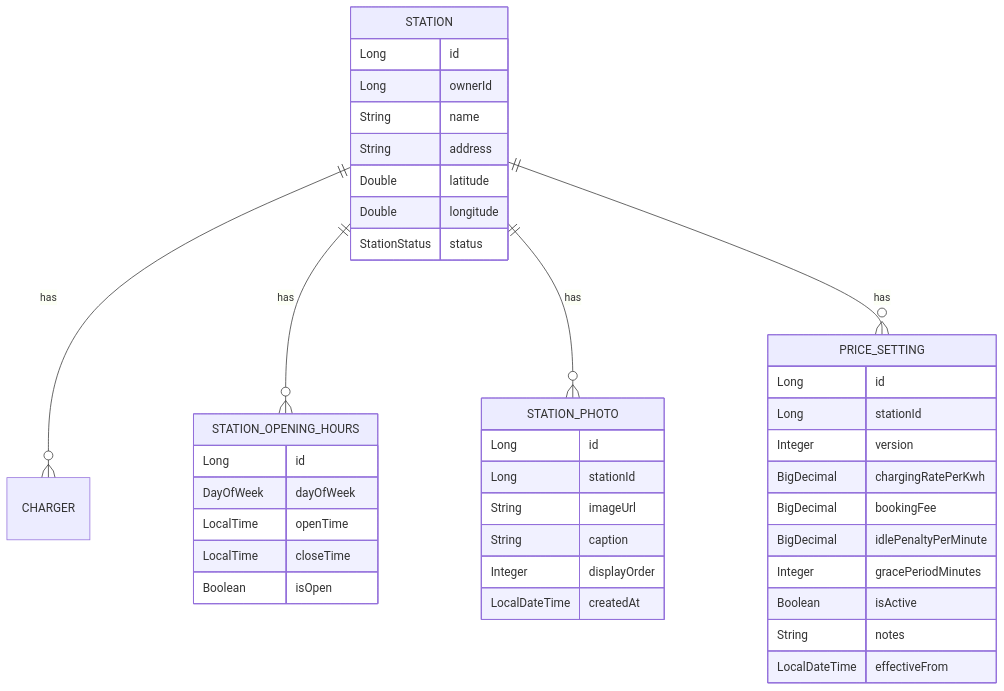
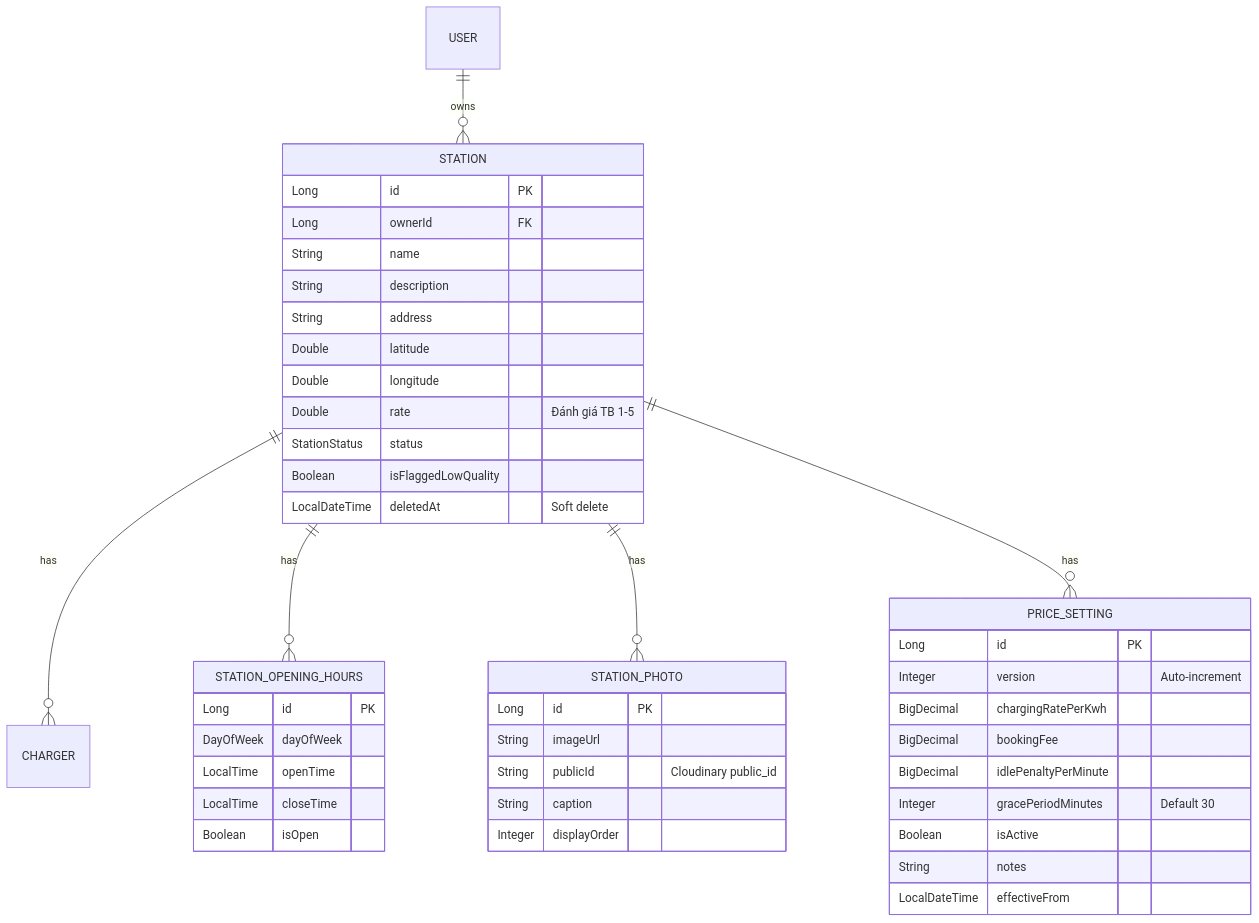
Before and after one commit to Sherllgen/DATN: the first of 2 diagrams in evgo/docs/walkthrough-station-module.md, drawn with Mermaid. The commit also changed other lines of this file and 39 other files, not shown here.

````diff
--- a/evgo/docs/walkthrough-station-module.md
+++ b/evgo/docs/walkthrough-station-module.md
@@ -20,47 +20,50 @@
 ```mermaid
 erDiagram
+    USER ||--o{ STATION : owns
     STATION ||--o{ CHARGER : has
     STATION ||--o{ STATION_OPENING_HOURS : has
     STATION ||--o{ STATION_PHOTO : has
     STATION ||--o{ PRICE_SETTING : has
 
     STATION {
-        Long id
-        Long ownerId
+        Long id PK
+        Long ownerId FK
         String name
+        String description
         String address
         Double latitude
         Double longitude
+        Double rate "Đánh giá TB 1-5"
         StationStatus status
+        Boolean isFlaggedLowQuality
+        LocalDateTime deletedAt "Soft delete"
     }
 
     STATION_OPENING_HOURS {
-        Long id
+        Long id PK
         DayOfWeek dayOfWeek
         LocalTime openTime
         LocalTime closeTime
         Boolean isOpen
     }
 
     STATION_PHOTO {
-        Long id
-        Long stationId
+        Long id PK
         String imageUrl
+        String publicId "Cloudinary public_id"
         String caption
         Integer displayOrder
-        LocalDateTime createdAt
     }
 
     PRICE_SETTING {
-        Long id
-        Long stationId
-        Integer version
+        Long id PK
+        Integer version "Auto-increment"
         BigDecimal chargingRatePerKwh
         BigDecimal bookingFee
         BigDecimal idlePenaltyPerMinute
-        Integer gracePeriodMinutes
+        Integer gracePeriodMinutes "Default 30"
         Boolean isActive
         String notes
         LocalDateTime effectiveFrom
     }
 ```
````
